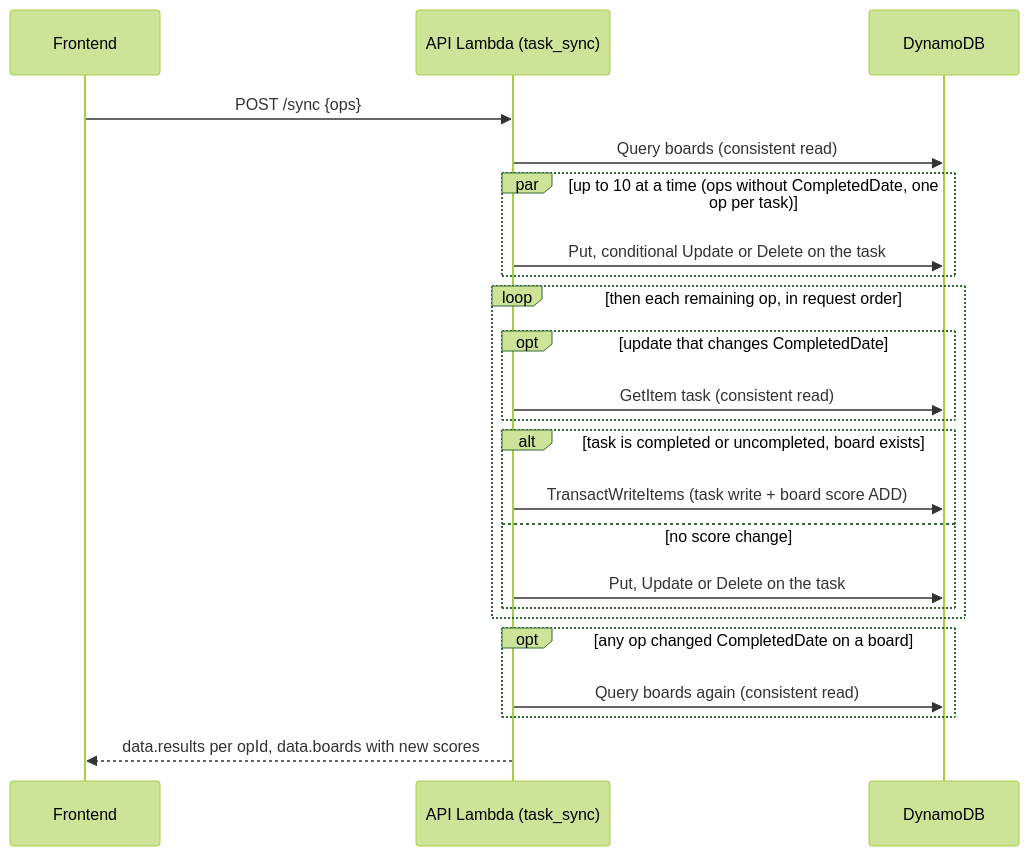
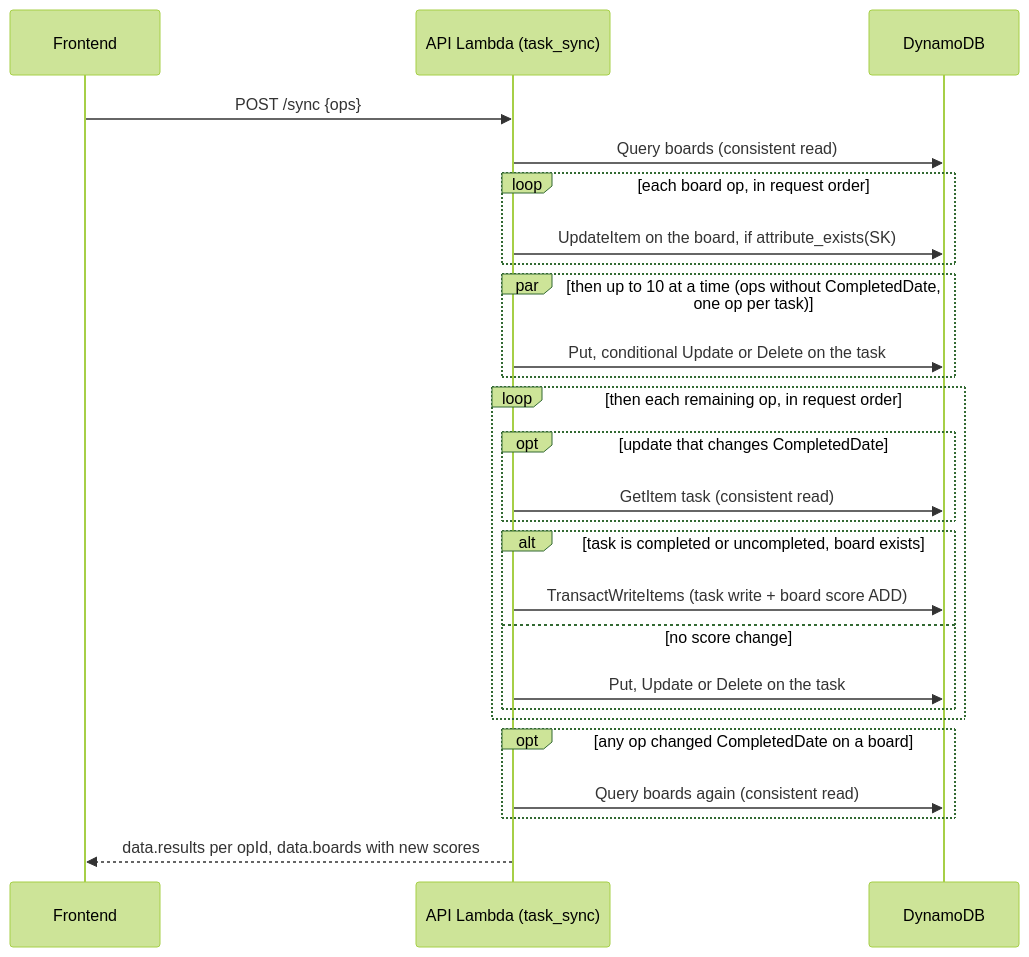
Before and after one commit to TomBenjaminMorris/listpal-backend: the fifth of 9 diagrams in ARCHITECTURE.md, drawn with Mermaid (forest theme). The commit also changed other lines of this file and 3 other files, not shown here.

````diff
--- a/ARCHITECTURE.md
+++ b/ARCHITECTURE.md
@@ -218,26 +218,29 @@
 ```mermaid
 sequenceDiagram
     participant F as Frontend
     participant A as API Lambda (task_sync)
     participant D as DynamoDB
 
     F->>A: POST /sync {ops}
     A->>D: Query boards (consistent read)
-    par up to 10 at a time (ops without CompletedDate, one op per task)
+    loop each board op, in request order
+        A->>D: UpdateItem on the board, if attribute_exists(SK)
+    end
+    par then up to 10 at a time (ops without CompletedDate, one op per task)
         A->>D: Put, conditional Update or Delete on the task
     end
     loop then each remaining op, in request order
         opt update that changes CompletedDate
             A->>D: GetItem task (consistent read)
         end
         alt task is completed or uncompleted, board exists
             A->>D: TransactWriteItems (task write + board score ADD)
         else no score change
             A->>D: Put, Update or Delete on the task
         end
     end
     opt any op changed CompletedDate on a board
         A->>D: Query boards again (consistent read)
     end
     A-->>F: data.results per opId, data.boards with new scores
 ```
````
